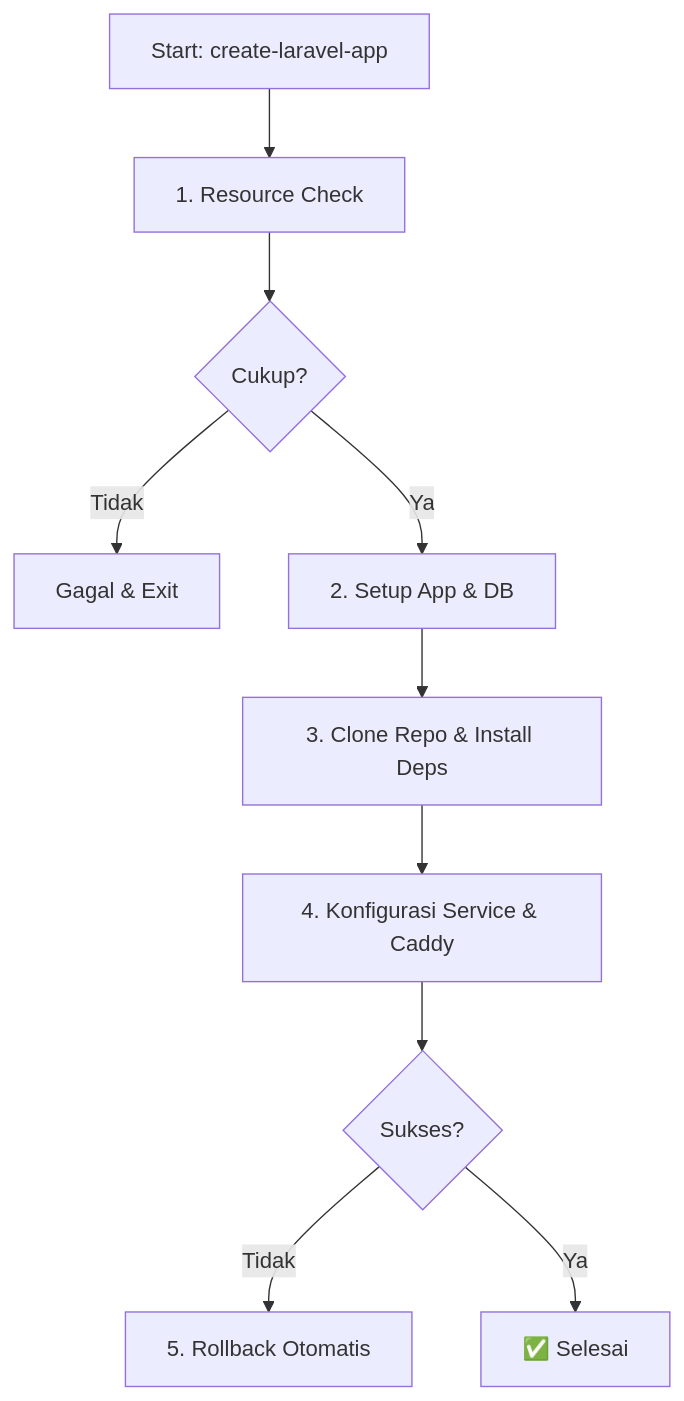
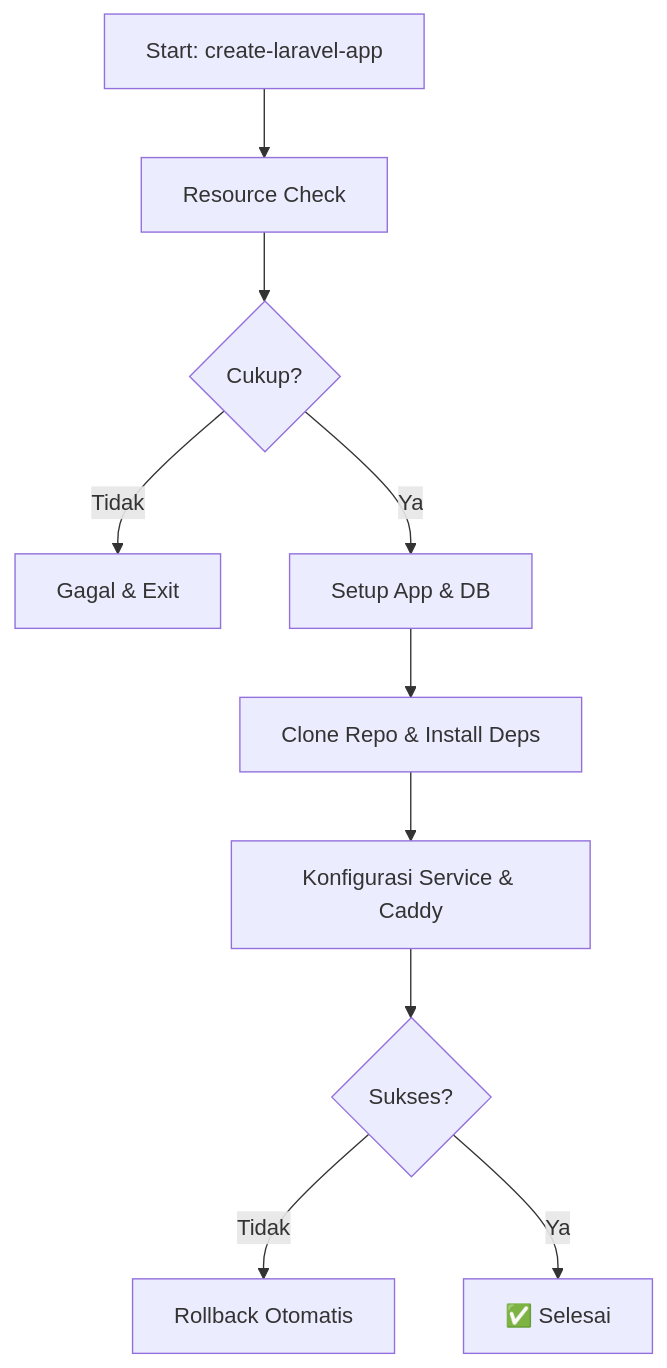
One commit to MekayaStudio/FrankLaraPloy changed the second of 2 diagrams in README.md. Above: the diagram before and after it, drawn with Mermaid.

Commit message:
Memperbarui teks dalam diagram pada README.md untuk meningkatkan konsistensi dan keterbacaan. Menghapus kata "Start" dan "2." untuk menyederhanakan tampilan diagram.

````diff
--- a/README.md
+++ b/README.md
@@ -146,12 +146,12 @@
 ```mermaid
 graph TD
-    A["Start: create-laravel-app"] --> B["1. Resource Check"]
+    A["Start: create-laravel-app"] --> B["Resource Check"]
     B --> C{"Cukup?"}
     C -->|Tidak| D["Gagal & Exit"]
-    C -->|Ya| E["2. Setup App & DB"]
-    E --> F["3. Clone Repo & Install Deps"]
-    F --> G["4. Konfigurasi Service & Caddy"]
+    C -->|Ya| E["Setup App & DB"]
+    E --> F["Clone Repo & Install Deps"]
+    F --> G["Konfigurasi Service & Caddy"]
     G --> H{"Sukses?"}
-    H -->|Tidak| I["5. Rollback Otomatis"]
+    H -->|Tidak| I["Rollback Otomatis"]
     H -->|Ya| J["✅ Selesai"]
 ```
````
